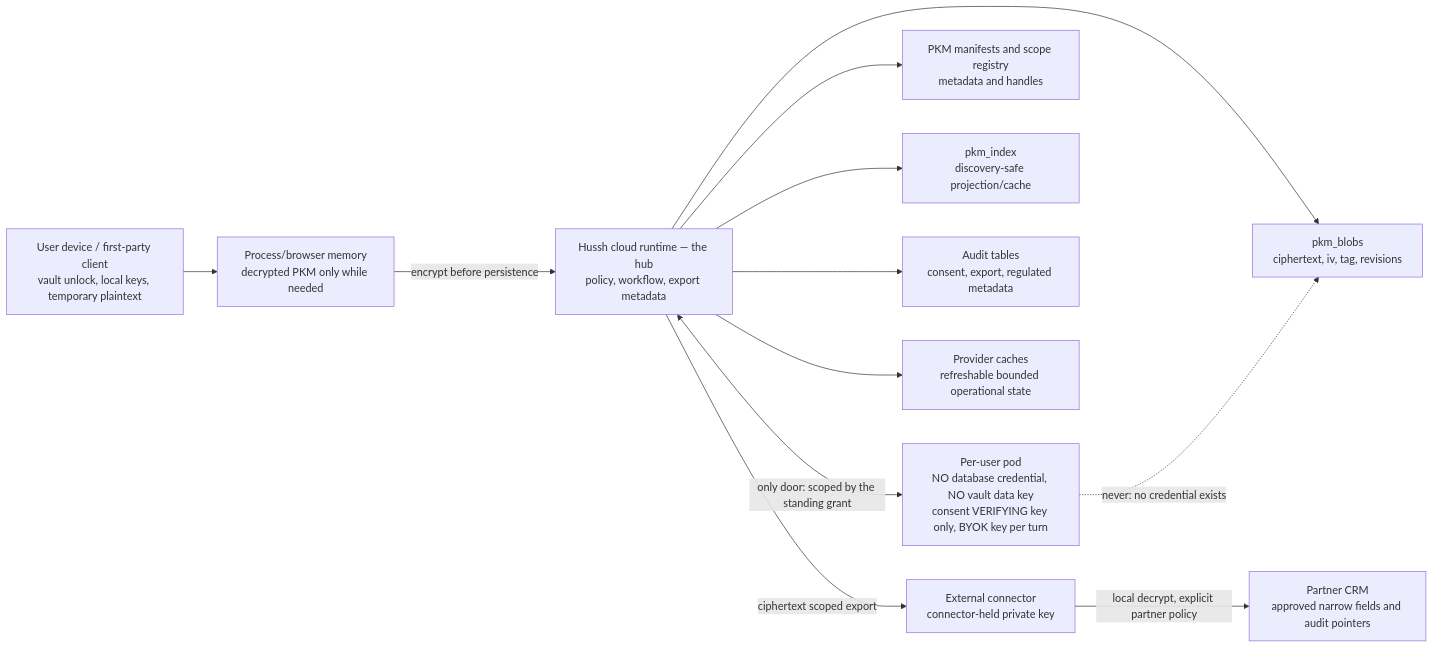
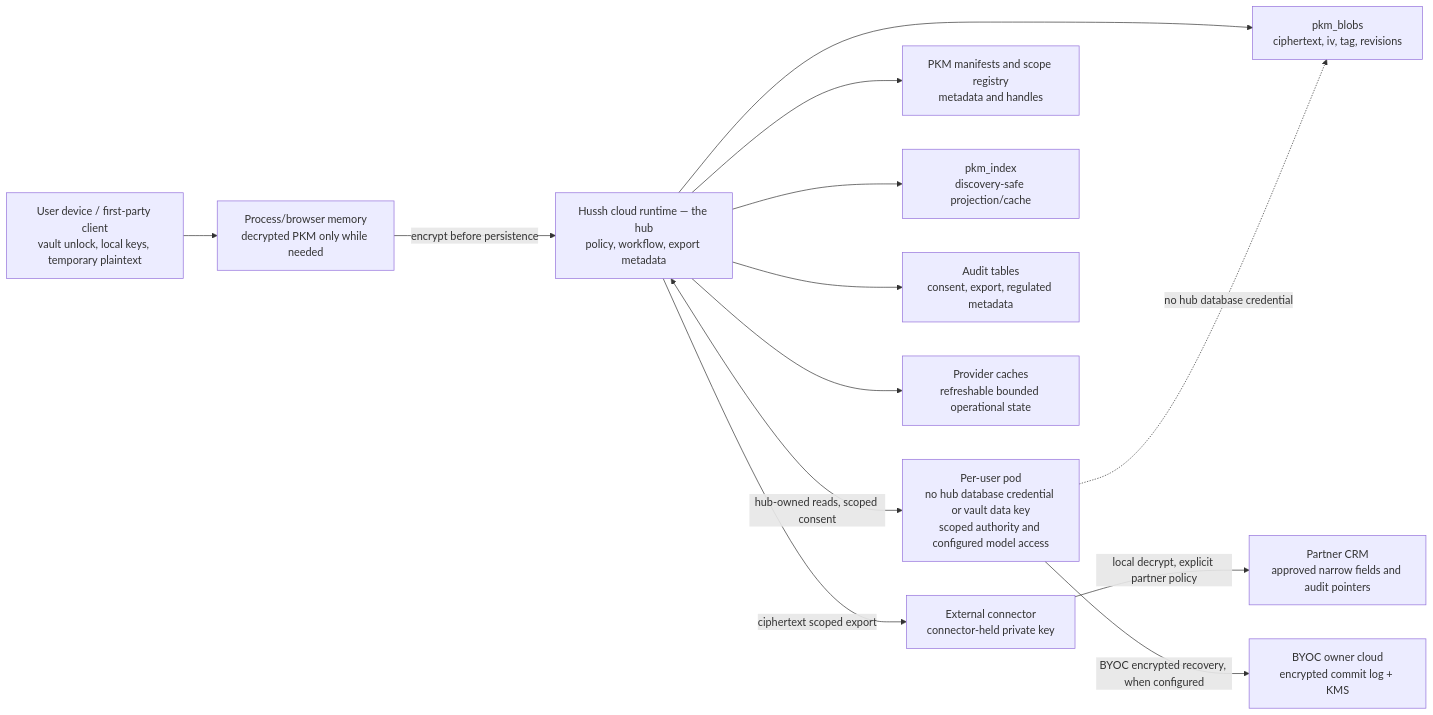
Diagram 14 of 14 in docs/reference/architecture/architecture-view-catalog.md (hushh-labs/hushh-research), drawn with Mermaid before and after one commit. The commit also changed other lines of this file and 6 other files, not shown here.

Commit message:
docs: review founder and CTO architecture diagrams

````diff
--- a/docs/reference/architecture/architecture-view-catalog.md
+++ b/docs/reference/architecture/architecture-view-catalog.md
@@ -766,27 +803,31 @@
 ```mermaid
 flowchart LR
+  accTitle: Hussh information boundary
+  accDescr: Hub, pod, owner recovery, and partner information boundaries.
   userDevice["User device / first-party client<br/>vault unlock, local keys, temporary plaintext"]
   memory["Process/browser memory<br/>decrypted PKM only while needed"]
   husshCloud["Hussh cloud runtime — the hub<br/>policy, workflow, export metadata"]
-  pod["Per-user pod<br/>NO database credential, NO vault data key<br/>consent VERIFYING key only, BYOK key per turn"]
+  pod["Per-user pod<br/>no hub database credential or vault data key<br/>scoped authority and configured model access"]
+  ownerRecovery["BYOC owner cloud<br/>encrypted commit log + KMS"]
   pkmBlobs["pkm_blobs<br/>ciphertext, iv, tag, revisions"]
   pkmManifests["PKM manifests and scope registry<br/>metadata and handles"]
   pkmIndex["pkm_index<br/>discovery-safe projection/cache"]
   audit["Audit tables<br/>consent, export, regulated metadata"]
   providerCache["Provider caches<br/>refreshable bounded operational state"]
   connector["External connector<br/>connector-held private key"]
   crm["Partner CRM<br/>approved narrow fields and audit pointers"]
 
   userDevice --> memory
   memory -->|encrypt before persistence| husshCloud
   husshCloud --> pkmBlobs
   husshCloud --> pkmManifests
   husshCloud --> pkmIndex
   husshCloud --> audit
   husshCloud --> providerCache
   husshCloud -->|ciphertext scoped export| connector
   connector -->|local decrypt, explicit partner policy| crm
 
-  husshCloud <-->|"only door: scoped by the standing grant"| pod
-  pod -.->|"never: no credential exists"| pkmBlobs
+  husshCloud <-->|"hub-owned reads, scoped consent"| pod
+  pod -->|"BYOC encrypted recovery, when configured"| ownerRecovery
+  pod -.->|"no hub database credential"| pkmBlobs
 ```
````
